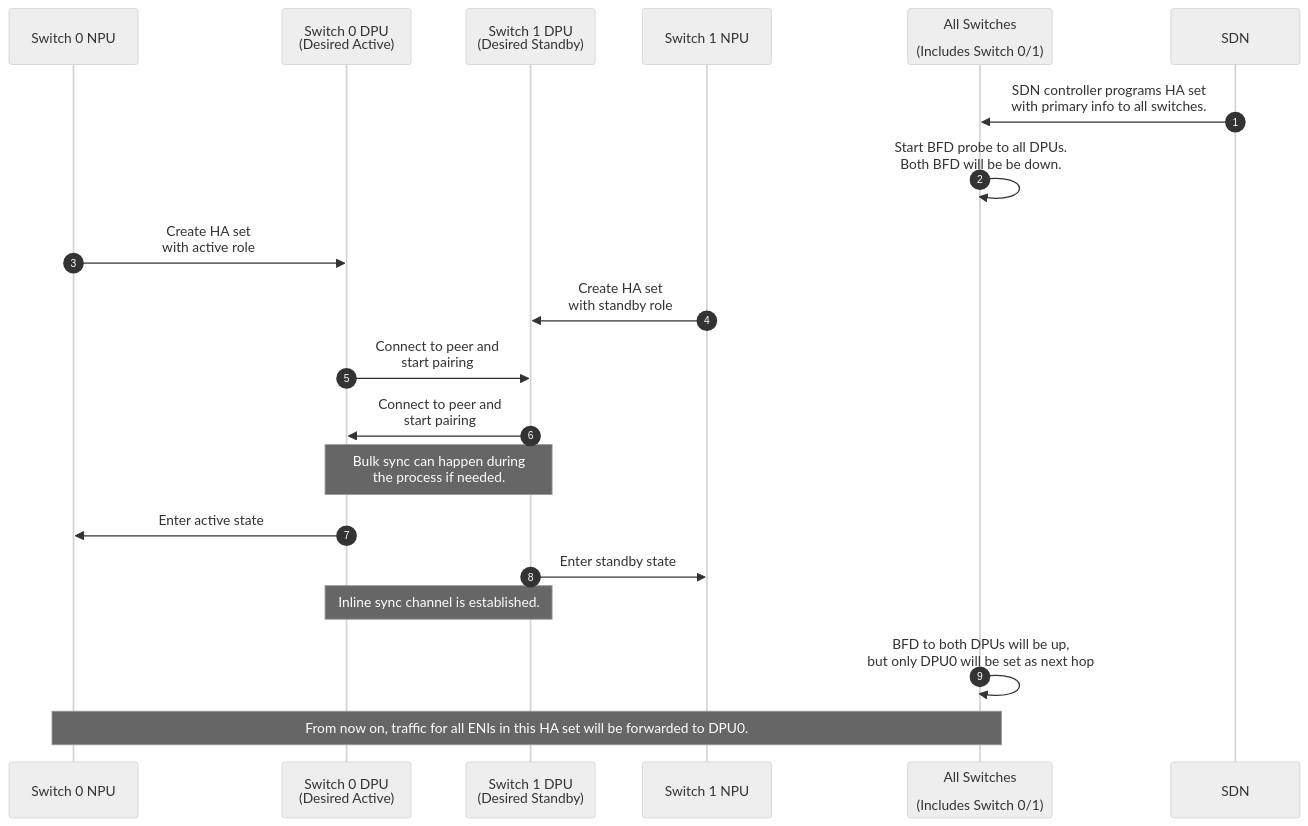
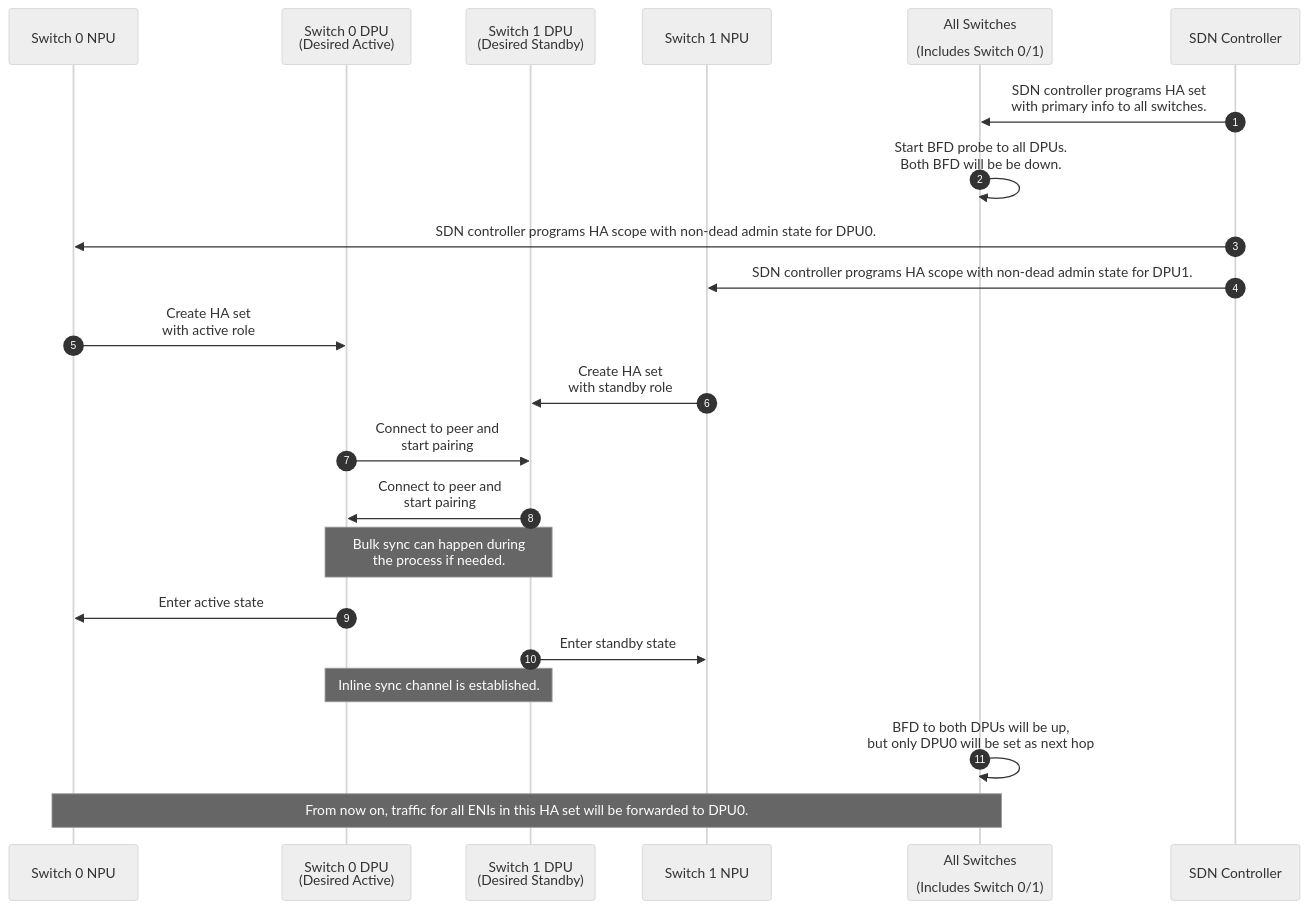
The first of 4 diagrams in doc/smart-switch/high-availability/smart-switch-ha-dpu-scope-dpu-driven-setup.md (sonic-net/SONiC), drawn with Mermaid (neutral theme) before and after one commit. The commit also changed other lines of this file and 1 other file, not shown here.

````diff
--- a/doc/smart-switch/high-availability/smart-switch-ha-dpu-scope-dpu-driven-setup.md
+++ b/doc/smart-switch/high-availability/smart-switch-ha-dpu-scope-dpu-driven-setup.md
@@ -162,27 +162,31 @@
 ```mermaid
 sequenceDiagram
    autonumber
 
    participant S0N as Switch 0 NPU
    participant S0D as Switch 0 DPU<br>(Desired Active)
    participant S1D as Switch 1 DPU<br>(Desired Standby)
    participant S1N as Switch 1 NPU
    participant SA as All Switches<br><br>(Includes Switch 0/1)
+   participant SDN as SDN Controller
 
    SDN->>SA: SDN controller programs HA set<br>with primary info to all switches.
+   SA->>SA: Start BFD probe to all DPUs.<br>Both BFD will be be down.
    
-   SA->>SA: Start BFD probe to all DPUs.<br>Both BFD will be be down.
+   SDN->>S0N: SDN controller programs HA scope with non-dead admin state for DPU0.
+   SDN->>S1N: SDN controller programs HA scope with non-dead admin state for DPU1.
+
    S0N->>S0D: Create HA set<br>with active role
    S1N->>S1D: Create HA set<br>with standby role
 
    S0D->>S1D: Connect to peer and<br>start pairing
    S1D->>S0D: Connect to peer and<br>start pairing
    Note over S0D,S1D: Bulk sync can happen during<br>the process if needed.
 
    S0D->>S0N: Enter active state
    S1D->>S1N: Enter standby state
    Note over S0D,S1D: Inline sync channel is established.
 
    SA->>SA: BFD to both DPUs will be up,<br>but only DPU0 will be set as next hop
    Note over S0N,SA: From now on, traffic for all ENIs in this HA set will be forwarded to DPU0.
 ```
````
